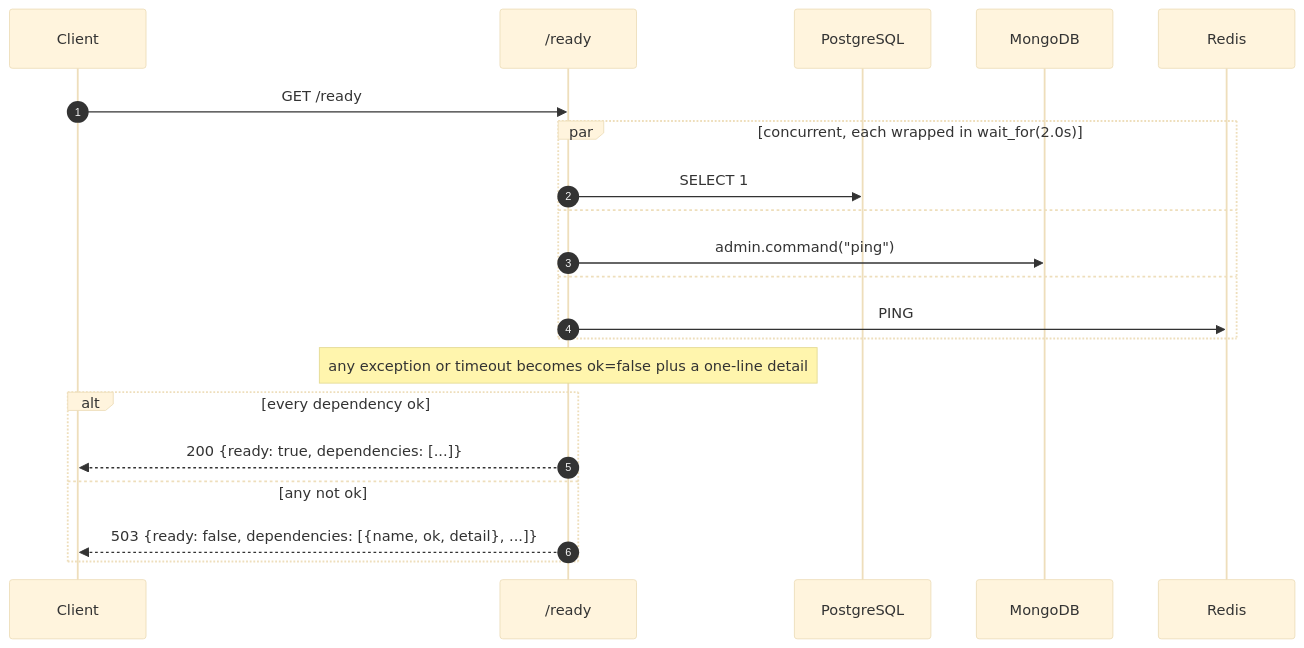
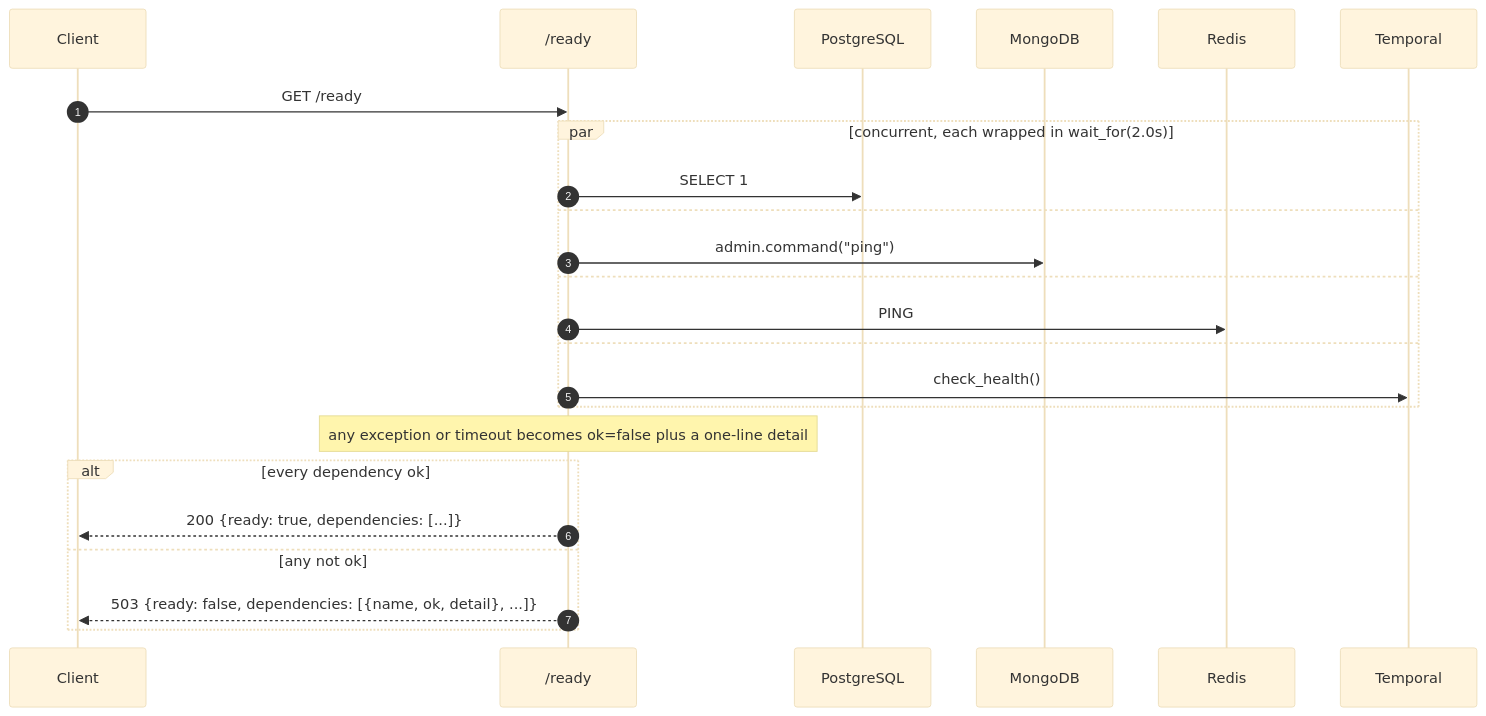
One commit to sadainiqrar/smarthealth changed the sixth of 8 diagrams in docs/ARCHITECTURE.md. Above: the diagram before and after it, drawn with Mermaid (base theme). The commit also changed other lines of this file and 3 other files, not shown here.

````diff
--- a/docs/ARCHITECTURE.md
+++ b/docs/ARCHITECTURE.md
@@ -595,24 +611,27 @@
 ```mermaid
 sequenceDiagram
     autonumber
     participant C as Client
     participant R as /ready
     participant P as PostgreSQL
     participant M as MongoDB
     participant X as Redis
+    participant T as Temporal
 
     C->>R: GET /ready
     par concurrent, each wrapped in wait_for(2.0s)
         R->>P: SELECT 1
     and
         R->>M: admin.command("ping")
     and
         R->>X: PING
+    and
+        R->>T: check_health()
     end
     Note over R: any exception or timeout becomes ok=false plus a one-line detail
     alt every dependency ok
         R-->>C: 200 {ready: true, dependencies: [...]}
     else any not ok
         R-->>C: 503 {ready: false, dependencies: [{name, ok, detail}, ...]}
     end
 ```
````
